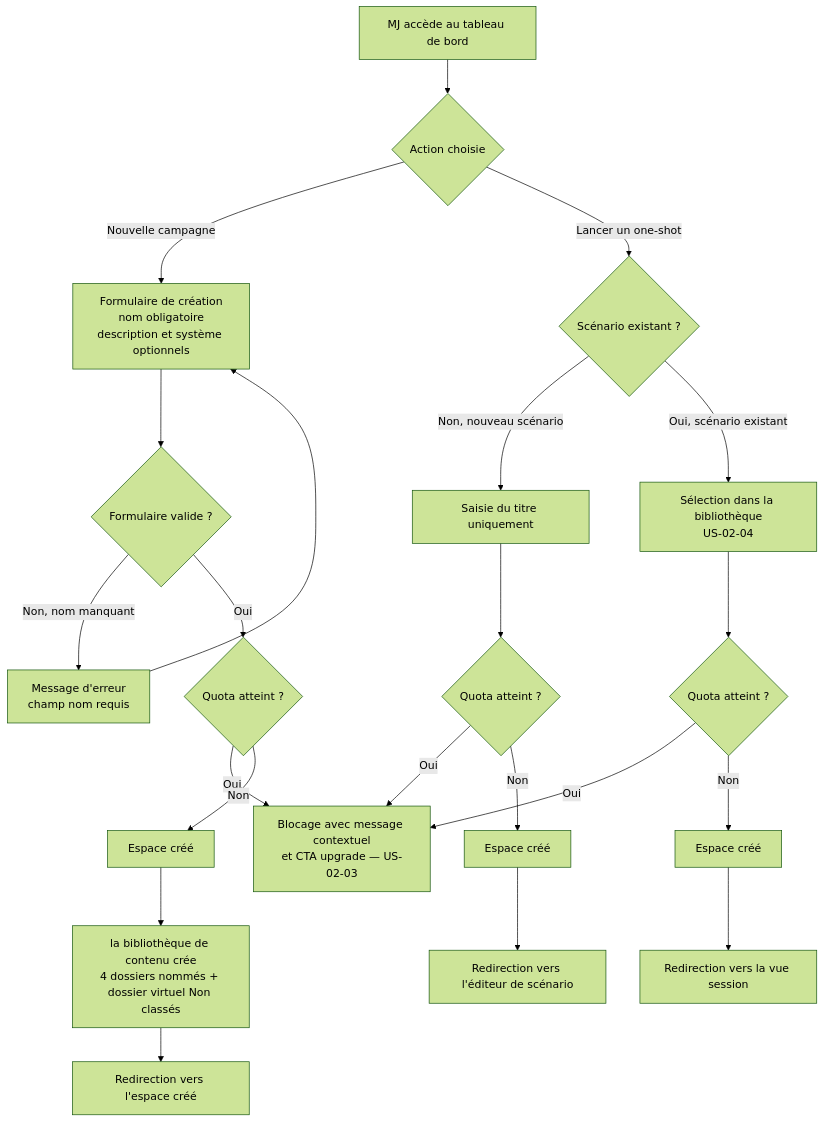
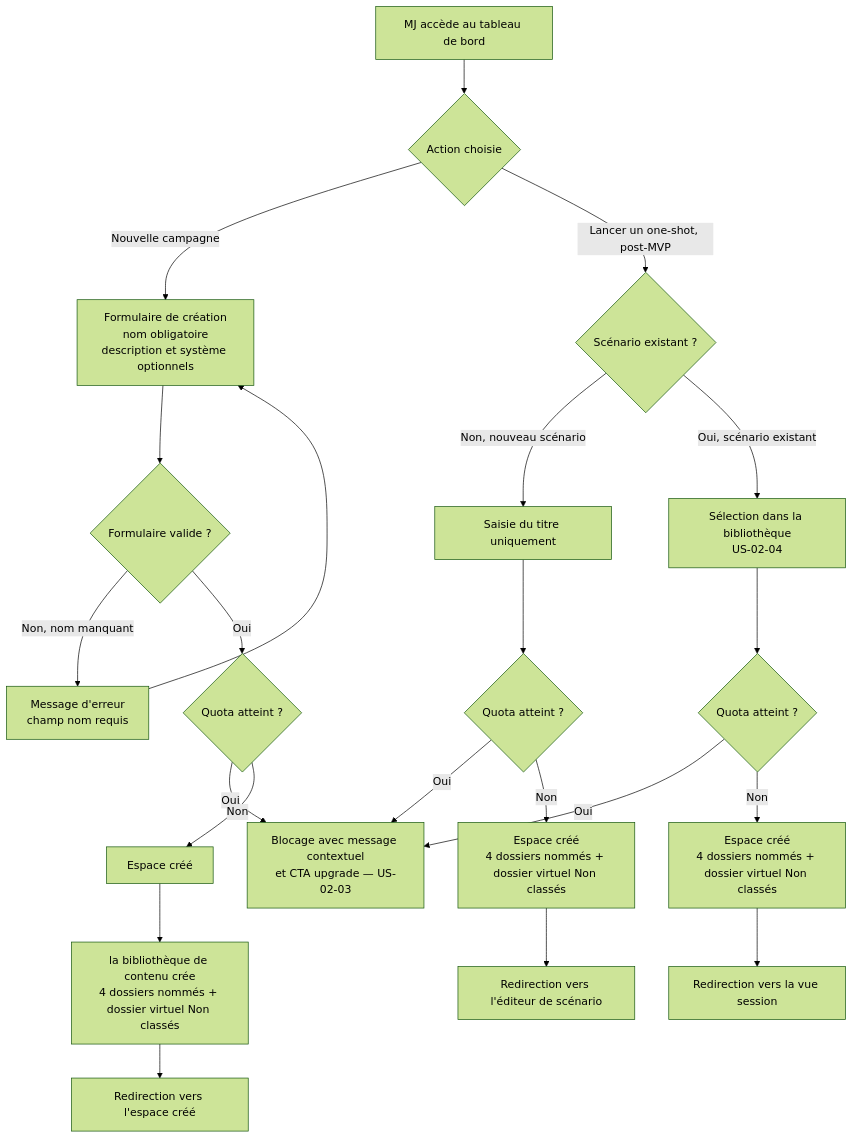
One commit to 2025-10-CDA-ECO-P6/PM-micro-saas changed the first of 2 diagrams in docs/besoin/stories/US-UC-02-creer-espace-jeu.md. Above: the diagram before and after it, drawn with Mermaid (forest theme). The commit also changed other lines of this file and 10 other files, not shown here.

First line of the commit message:
docs(stories): aligne les diagrammes des stories sur leurs règles et dépendances

````diff
--- a/docs/besoin/stories/US-UC-02-creer-espace-jeu.md
+++ b/docs/besoin/stories/US-UC-02-creer-espace-jeu.md
@@ -58,24 +58,24 @@
 ```mermaid
 flowchart TD
     A[MJ accède au tableau de bord] --> B{Action choisie}
     B -- Nouvelle campagne --> C[Formulaire de création\nnom obligatoire\ndescription et système optionnels]
-    B -- Lancer un one-shot --> D{Scénario existant ?}
+    B -- Lancer un one-shot, post-MVP --> D{Scénario existant ?}
     C --> E{Formulaire valide ?}
     E -- Non, nom manquant --> F[Message d'erreur\nchamp nom requis]
     F --> C
     E -- Oui --> G{Quota atteint ?}
     G -- Oui --> H[Blocage avec message contextuel\net CTA upgrade — US-02-03]
     G -- Non --> I[Espace créé]
     I --> J[la bibliothèque de contenu crée\n4 dossiers nommés + dossier virtuel Non classés]
     J --> K[Redirection vers l'espace créé]
     D -- Non, nouveau scénario --> L[Saisie du titre uniquement]
     L --> M{Quota atteint ?}
     M -- Oui --> H
-    M -- Non --> N[Espace créé]
+    M -- Non --> N[Espace créé\n4 dossiers nommés + dossier virtuel Non classés]
     N --> O[Redirection vers l'éditeur de scénario]
     D -- Oui, scénario existant --> P[Sélection dans la bibliothèque\nUS-02-04]
     P --> Q{Quota atteint ?}
     Q -- Oui --> H
-    Q -- Non --> R[Espace créé]
+    Q -- Non --> R[Espace créé\n4 dossiers nommés + dossier virtuel Non classés]
     R --> S[Redirection vers la vue session]
 ```
````
